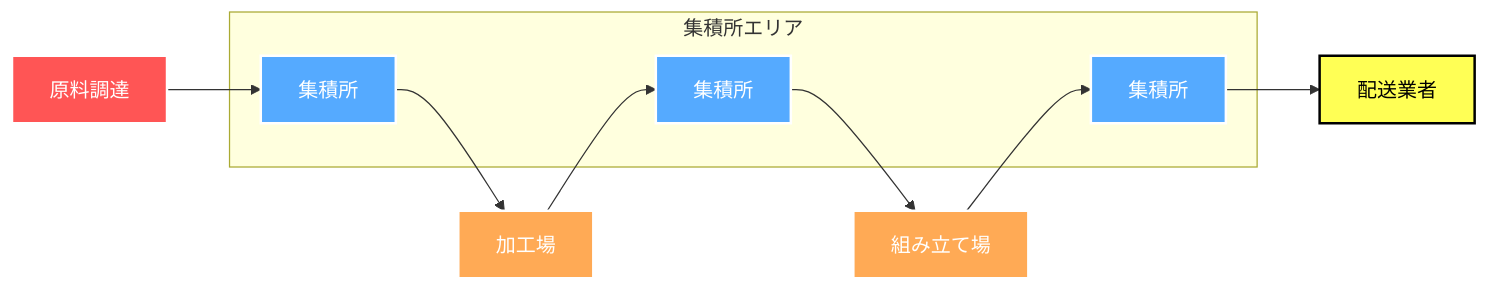
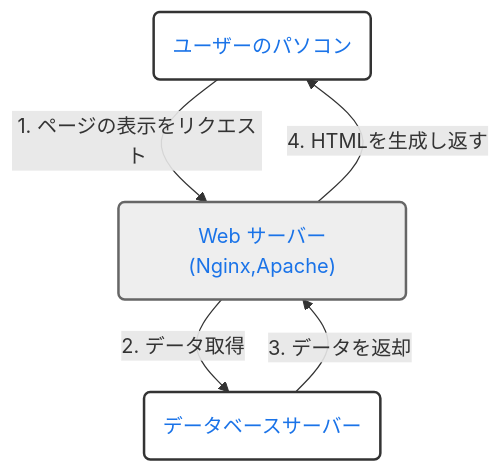
Before and after one commit to Yuppe-jp-eng/presentaion: the first of 2 diagrams in slides.md, drawn with Mermaid. The commit also changed other lines of this file and 9 other files, not shown here.

````diff
--- a/slides.md
+++ b/slides.md
@@ -228,24 +92,11 @@
 ```mermaid
-flowchart LR
-    A1[原料調達] --> A6[集積所]
-    A6 --> A2[加工場]
-    A2 --> A4[集積所]
-    A4 --> A5[組み立て場]
-    A5 --> A7[集積所]
-    A7 --> A3[配送業者]
-
-    subgraph 集積所エリア
-        A6
-        A4
-        A7
-    end
-
-    style A1 fill:#FF5555,stroke:#FFF,stroke-width:2px,color:#FFF
-    style A2 fill:#FFAA55,stroke:#FFF,stroke-width:2px,color:#FFF
-    style A3 fill:#FFFF55,stroke:#000,stroke-width:2px,color:#000
-    style A4 fill:#55AAFF,stroke:#FFF,stroke-width:2px,color:#FFF
-    style A5 fill:#FFAA55,stroke:#FFF,stroke-width:2px,color:#FFF
-    style A6 fill:#55AAFF,stroke:#FFF,stroke-width:2px,color:#FFF
-    style A7 fill:#55AAFF,stroke:#FFF,stroke-width:2px,color:#FFF
+graph TB
+    A("ユーザーのパソコン") -->|1. ページの表示をリクエスト| B("Web サーバー(Nginx,Apache)")
+    B -->|2. データ取得| C("データベースサーバー")
+    C -->|3. データを返却| B
+    B -->|4. HTMLを生成し返す| A
+    style A fill:#ffffff,stroke:#333,stroke-width:2px, color:#1a73e8
+    style B fill:#eeeeee,stroke:#666,stroke-width:2px, color:#1a73e8
+    style C fill:#ffffff,stroke:#333,stroke-width:2px, color:#1a73e8
 
 ```
````
